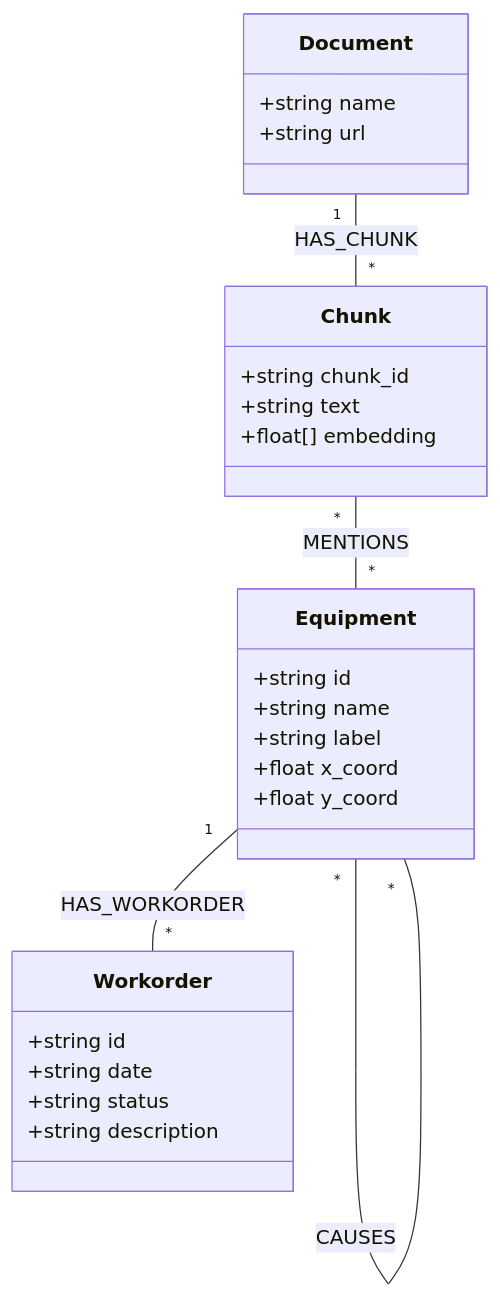
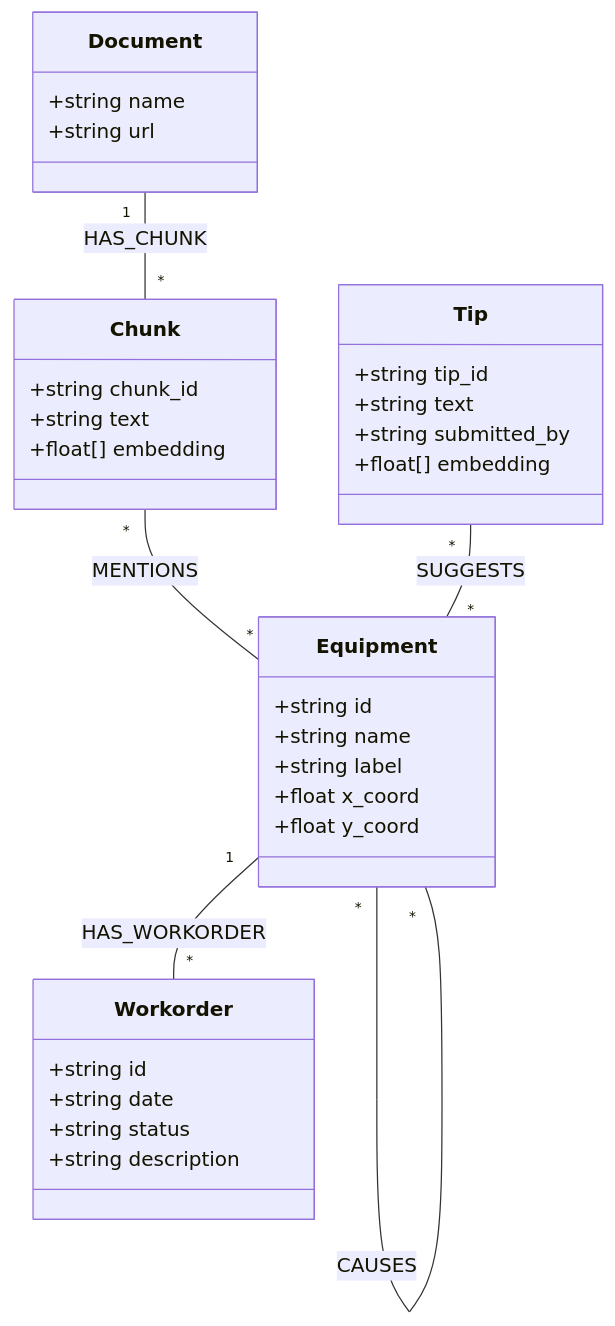
Before and after one commit to MrGen06/omniplant: the fifth of 6 diagrams in ARCHITECTURE.md, drawn with Mermaid. The commit also changed other lines of this file and 1 other file, not shown here.

Commit message:
docs: add project README and update system architecture diagrams to include maintenance tip workflow

````diff
--- a/ARCHITECTURE.md
+++ b/ARCHITECTURE.md
@@ -187,35 +206,42 @@
 ```mermaid
 classDiagram
     class Document {
         +string name
         +string url
     }
     class Chunk {
         +string chunk_id
         +string text
         +float[] embedding
     }
     class Equipment {
         +string id
         +string name
         +string label
         +float x_coord
         +float y_coord
     }
     class Workorder {
         +string id
         +string date
         +string status
         +string description
     }
+    class Tip {
+        +string tip_id
+        +string text
+        +string submitted_by
+        +float[] embedding
+    }
 
     Document "1" -- "*" Chunk : HAS_CHUNK
     Chunk "*" -- "*" Equipment : MENTIONS
+    Tip "*" -- "*" Equipment : SUGGESTS
     Equipment "1" -- "*" Workorder : HAS_WORKORDER
     Equipment "*" -- "*" Equipment : CONNECTED_TO
     Equipment "*" -- "*" Equipment : HAS_PART
     Equipment "*" -- "*" Equipment : GOVERNS
     Equipment "*" -- "*" Equipment : LOCATED_IN
     Equipment "*" -- "*" Equipment : MONITORS
     Equipment "*" -- "*" Equipment : CAUSES
 ```
````
